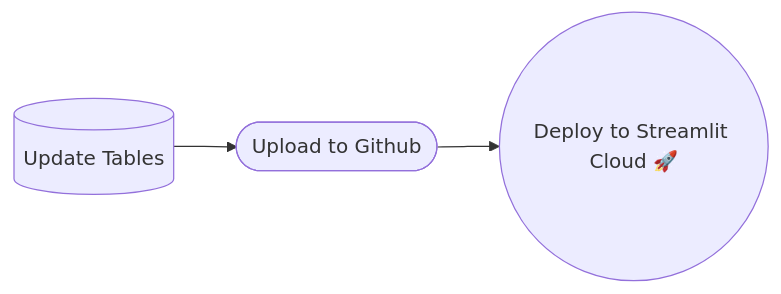
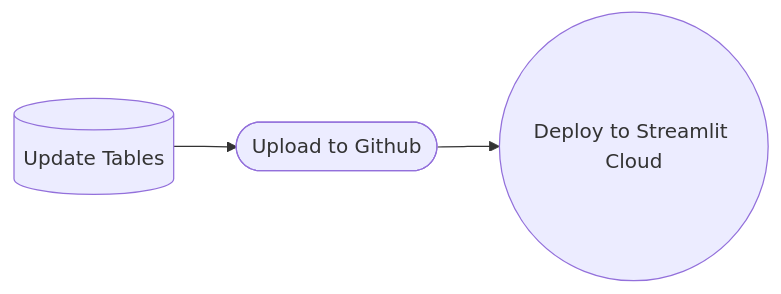
The diagram in README.md (mattmajestic/web3CMS), drawn with Mermaid before and after one commit. The commit also changed other lines of this file, not shown here.

````diff
--- a/README.md
+++ b/README.md
@@ -30,5 +30,5 @@
 ```mermaid
 flowchart LR
     a[(Update Tables)] --> b([Upload to Github])
-    b --> c((Deploy to Streamlit Cloud 🚀))
+    b --> c((Deploy to Streamlit Cloud))
  ```
````
